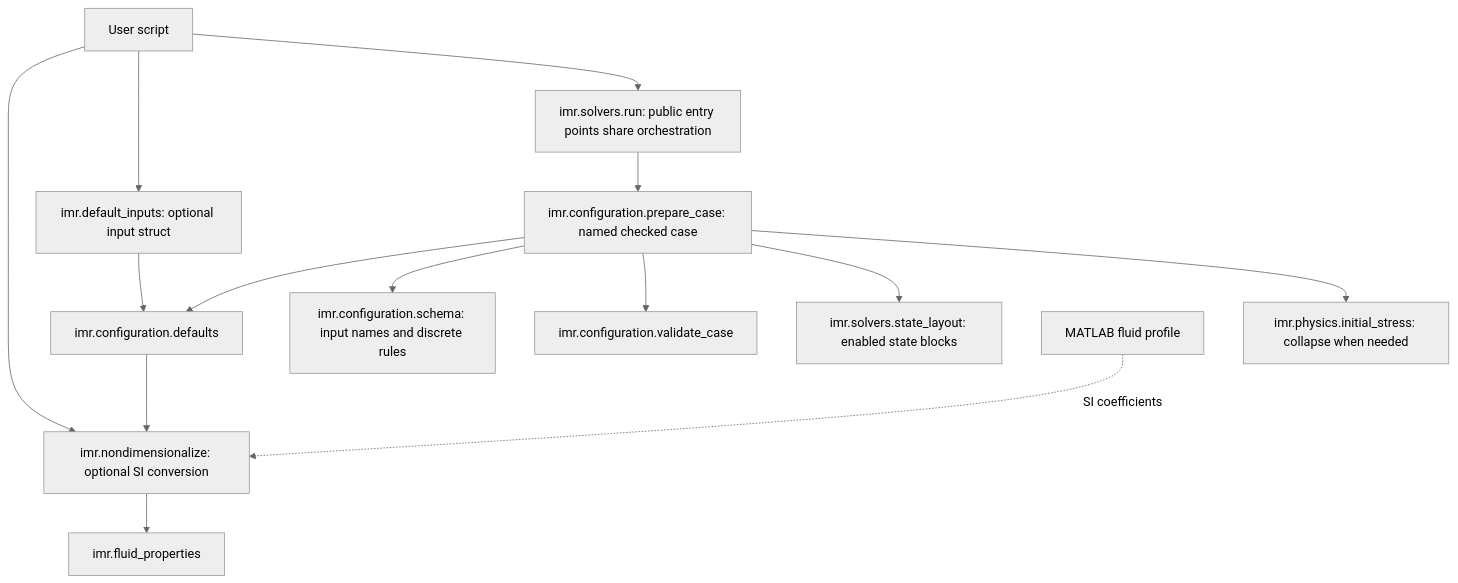
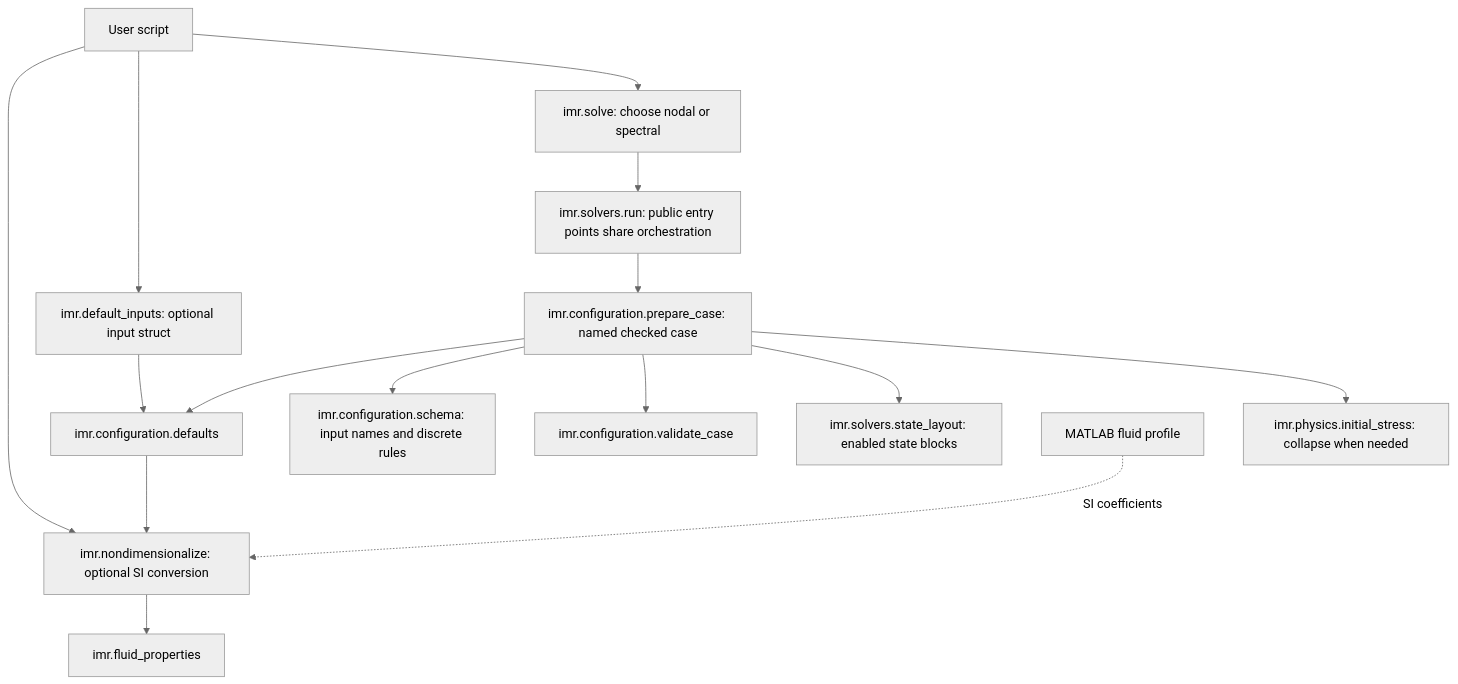
Before and after one commit to ComputationalFlowGroup/IMRv2: the second of 3 diagrams in docs/reference/code-map.md, drawn with Mermaid (neutral theme). The commit also changed other lines of this file and 30 other files, not shown here.

````diff
--- a/docs/reference/code-map.md
+++ b/docs/reference/code-map.md
@@ -25,16 +25,17 @@
 ```mermaid
 flowchart TD
   User[User script] --> SI[imr.nondimensionalize: optional SI conversion]
   User --> Public[imr.default_inputs: optional input struct]
-  User --> Solver[imr.solvers.run: public entry points share orchestration]
+  User --> Entry[imr.solve: choose nodal or spectral]
+  Entry --> Solver[imr.solvers.run: public entry points share orchestration]
   Public --> Defaults[imr.configuration.defaults]
   Solver --> Parser[imr.configuration.prepare_case: named checked case]
   Parser --> Defaults
   Parser --> Schema[imr.configuration.schema: input names and discrete rules]
   Parser --> Check[imr.configuration.validate_case]
   Parser --> Layout[imr.solvers.state_layout: enabled state blocks]
   Parser --> Init[imr.physics.initial_stress: collapse when needed]
   Defaults --> SI
   Profile[MATLAB fluid profile] -. SI coefficients .-> SI
   SI --> Properties[imr.fluid_properties]
 ```
````
